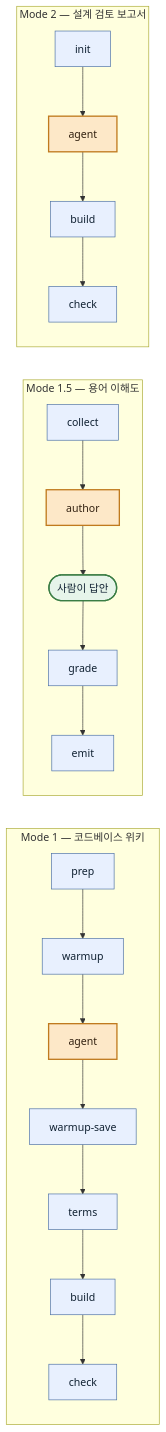
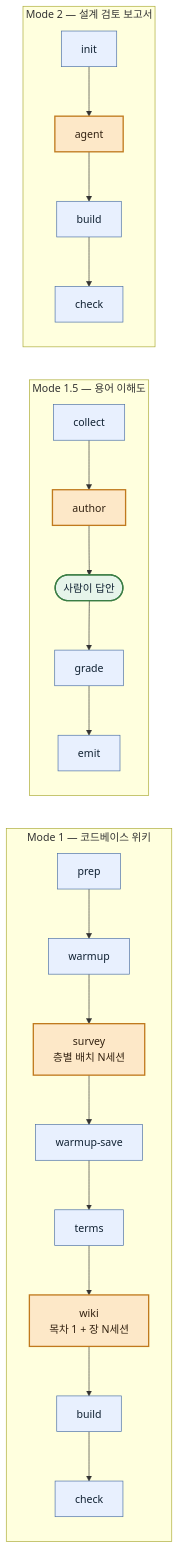
One commit to DogGuyMan/Agent-Report-Build-Pipeline changed the second of 5 diagrams in ARCHITECTURE.md. Above: the diagram before and after it, drawn with Mermaid. The commit also changed other lines of this file and 4 other files, not shown here.

````diff
--- a/ARCHITECTURE.md
+++ b/ARCHITECTURE.md
@@ -95,18 +95,19 @@
 ```mermaid
 flowchart LR
   subgraph M1["Mode 1 — 코드베이스 위키"]
-    P1["prep"] --> W1["warmup"] --> A1["agent"] --> S1["warmup-save"] --> T1["terms"] --> B1["build"] --> C1["check"]
+    P1["prep"] --> W1["warmup"] --> A1["survey<br/>층별 배치 N세션"] --> S1["warmup-save"]
+    S1 --> T1["terms"] --> A1b["wiki<br/>목차 1 + 장 N세션"] --> B1["build"] --> C1["check"]
   end
   subgraph M15["Mode 1.5 — 용어 이해도"]
     CO["collect"] --> AU["author"] --> H(["사람이 답안"]) --> GR["grade"] --> EM["emit"]
   end
   subgraph M2["Mode 2 — 설계 검토 보고서"]
     I2["init"] --> A2["agent"] --> B2["build"] --> C2["check"]
   end
   classDef machine fill:#e8f0fe,stroke:#4a6fa5,color:#123
   classDef llm fill:#fde8c8,stroke:#c07a1e,color:#321,stroke-width:2px
   classDef human fill:#e6f4ea,stroke:#3a7d44,color:#123,stroke-width:2px
   class P1,W1,S1,T1,B1,C1,CO,GR,EM,I2,B2,C2 machine
-  class A1,AU,A2 llm
+  class A1,A1b,AU,A2 llm
   class H human
 ```
````
